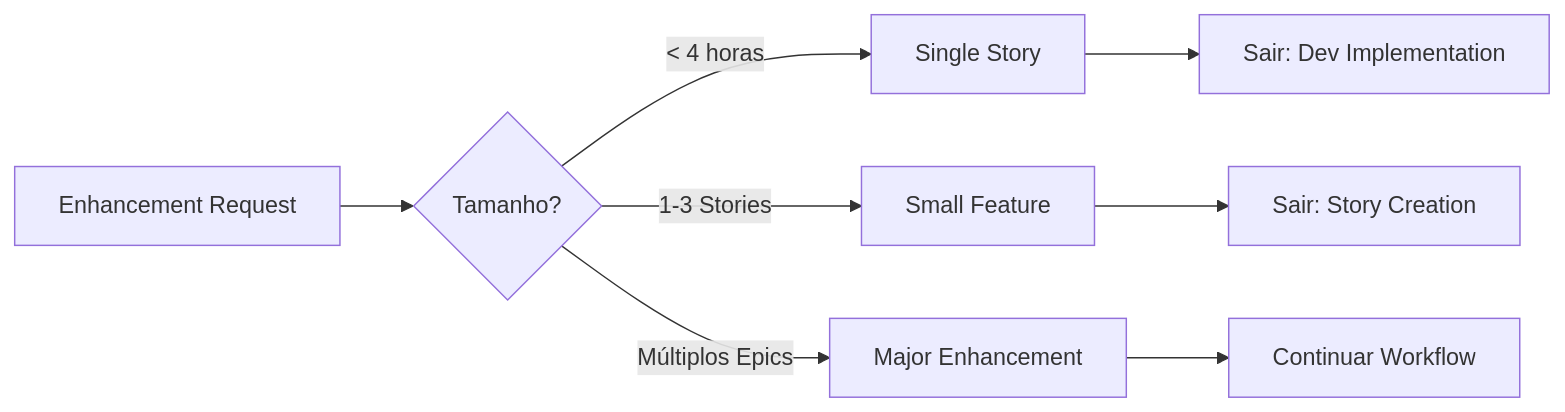
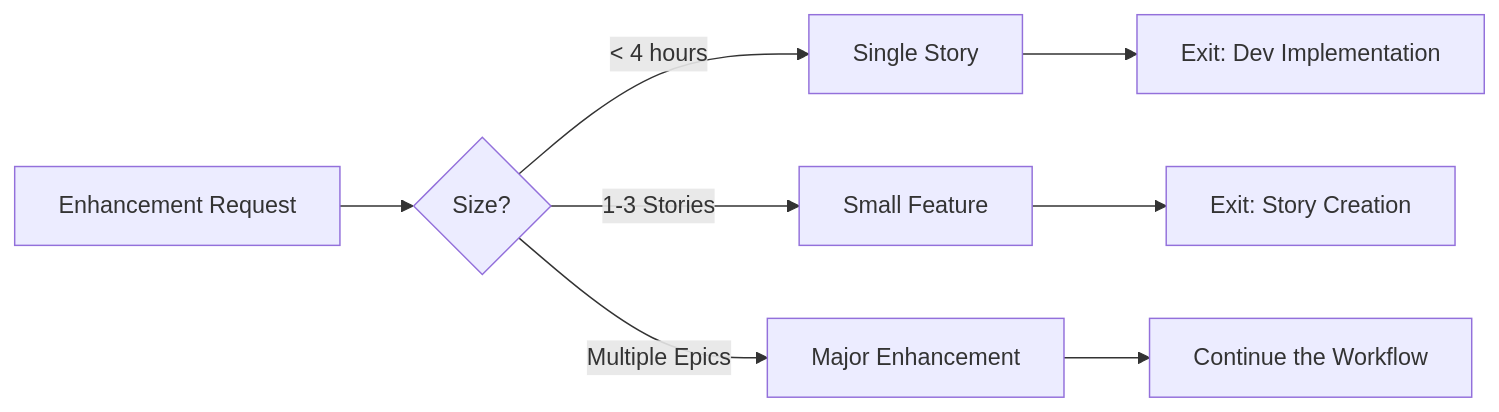
One commit to CyryxLabs/AEXOS changed the third of 9 diagrams in docs/aexos-workflows/brownfield-fullstack-workflow.md. Above: the diagram before and after it, drawn with Mermaid. The commit also changed other lines of this file and 528 other files, not shown here.

````diff
--- a/docs/aexos-workflows/brownfield-fullstack-workflow.md
+++ b/docs/aexos-workflows/brownfield-fullstack-workflow.md
@@ -553,10 +553,10 @@
 ```mermaid
 flowchart LR
-    A[Enhancement Request] --> B{Tamanho?}
-    B -->|"< 4 horas"| C[Single Story]
+    A[Enhancement Request] --> B{Size?}
+    B -->|"< 4 hours"| C[Single Story]
     B -->|"1-3 Stories"| D[Small Feature]
-    B -->|"Múltiplos Epics"| E[Major Enhancement]
-    C --> F[Sair: Dev Implementation]
-    D --> G[Sair: Story Creation]
-    E --> H[Continuar Workflow]
+    B -->|"Multiple Epics"| E[Major Enhancement]
+    C --> F[Exit: Dev Implementation]
+    D --> G[Exit: Story Creation]
+    E --> H[Continue the Workflow]
 ```
````
